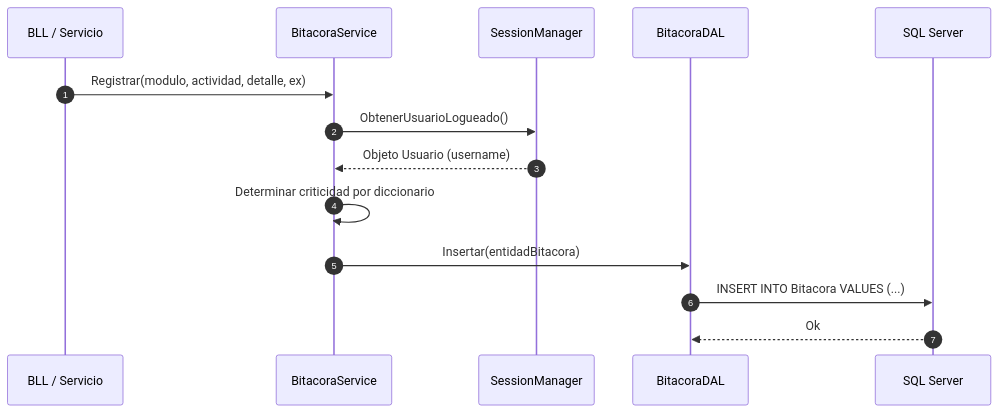
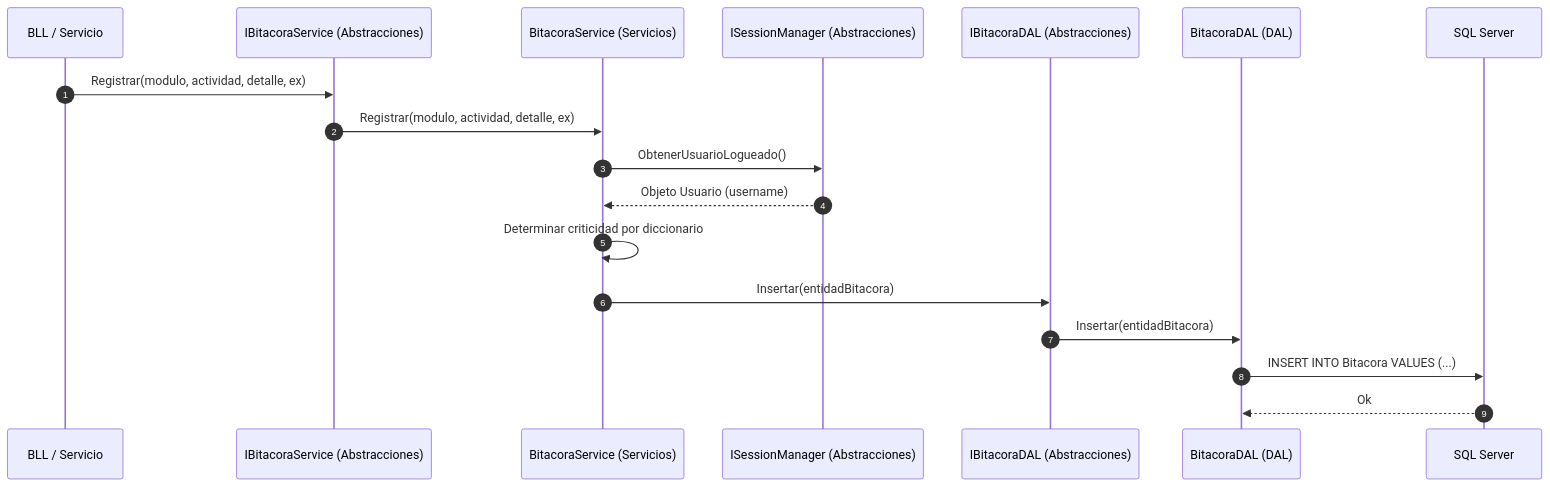
The ninth of 25 diagrams in Documentacion/diagrams_code.md (LautiSmyth/Stach), drawn with Mermaid before and after one commit. The commit also changed other lines of this file, not shown here.

Commit message:
Doc: Update sequence and module class diagrams to explicitly include the Abstracciones layer interfaces and IoCContainer

````diff
--- a/Documentacion/diagrams_code.md
+++ b/Documentacion/diagrams_code.md
@@ -240,17 +296,21 @@
 ```mermaid
 sequenceDiagram
     autonumber
     participant App as BLL / Servicio
-    participant Srv as BitacoraService
-    participant Session as SessionManager
-    participant DAL as BitacoraDAL
+    participant Srv as IBitacoraService (Abstracciones)
+    participant RealSrv as BitacoraService (Servicios)
+    participant Session as ISessionManager (Abstracciones)
+    participant IDAL as IBitacoraDAL (Abstracciones)
+    participant DAL as BitacoraDAL (DAL)
     participant DB as SQL Server
 
     App->>Srv: Registrar(modulo, actividad, detalle, ex)
-    Srv->>Session: ObtenerUsuarioLogueado()
-    Session-->>Srv: Objeto Usuario (username)
-    Srv->>Srv: Determinar criticidad por diccionario
-    Srv->>DAL: Insertar(entidadBitacora)
+    Srv->>RealSrv: Registrar(modulo, actividad, detalle, ex)
+    RealSrv->>Session: ObtenerUsuarioLogueado()
+    Session-->>RealSrv: Objeto Usuario (username)
+    RealSrv->>RealSrv: Determinar criticidad por diccionario
+    RealSrv->>IDAL: Insertar(entidadBitacora)
+    IDAL->>DAL: Insertar(entidadBitacora)
     DAL->>DB: INSERT INTO Bitacora VALUES (...)
     DB-->>DAL: Ok
 ```
````
